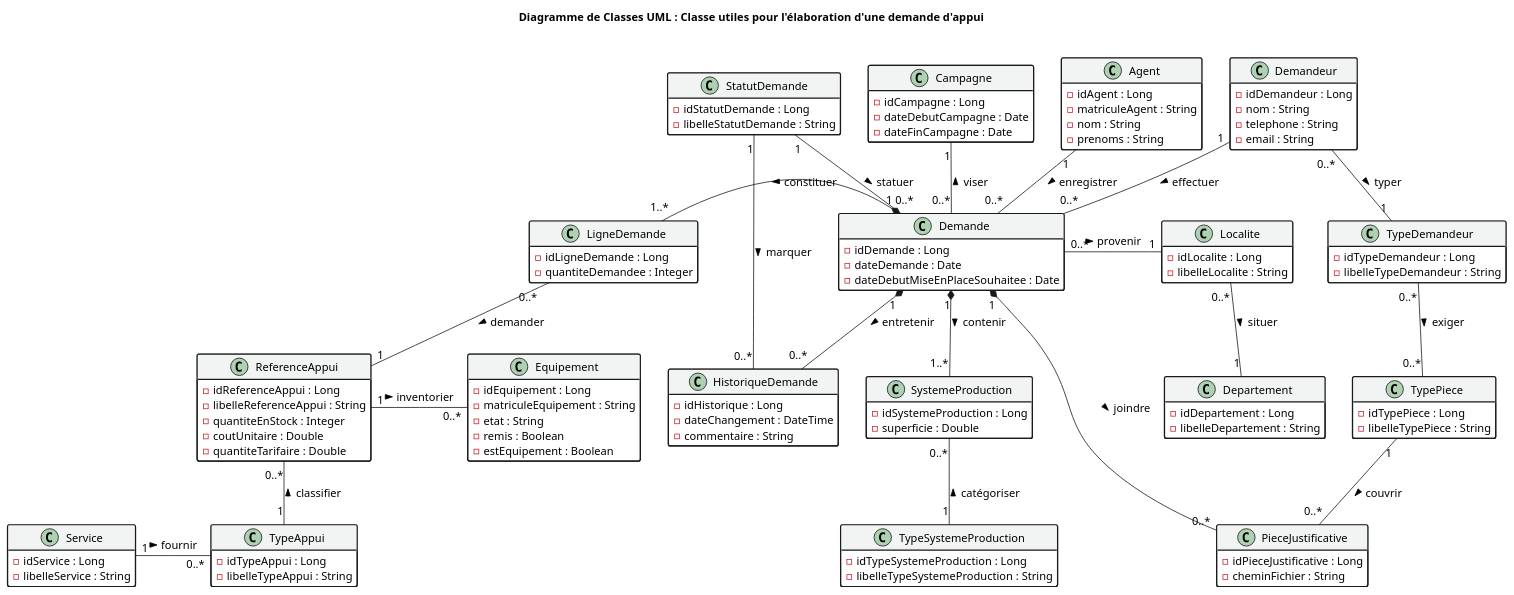
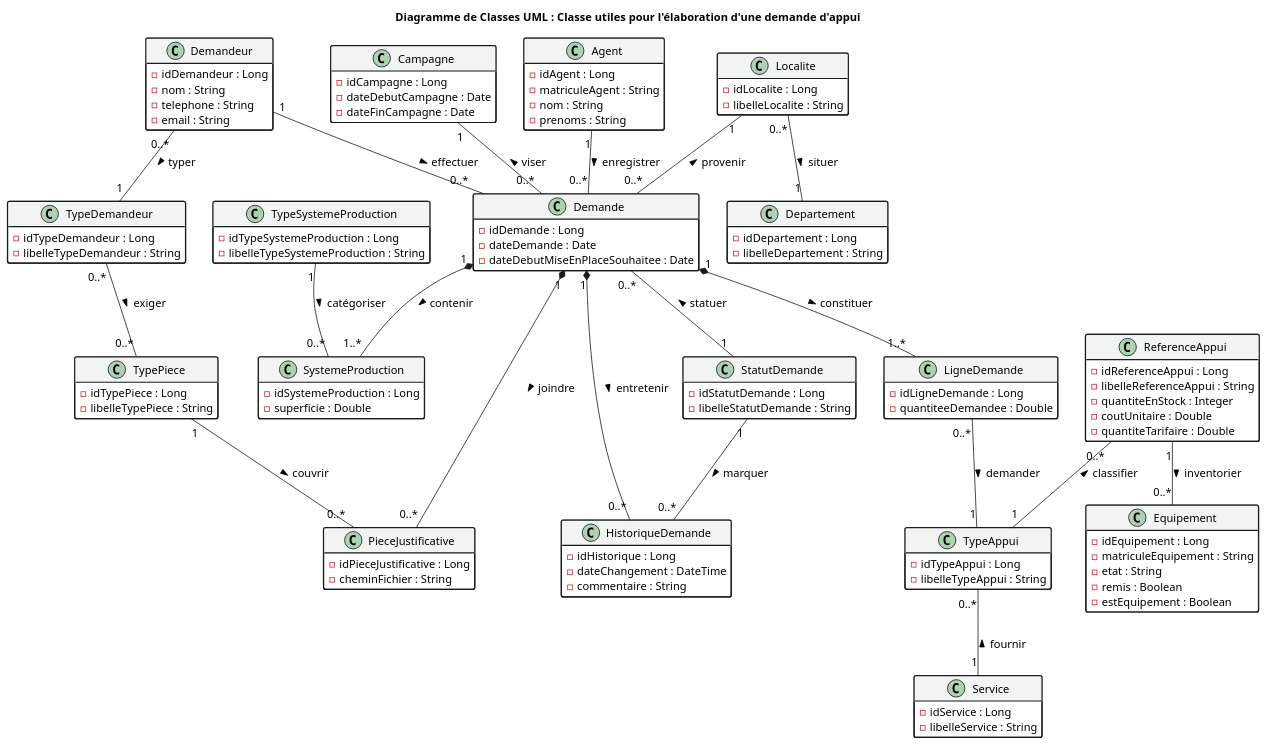
The diagram in docs/classes/M_classe_demande.puml (marasse-codec/ORYZAPP), drawn with PlantUML before and after one commit. The commit also changed 49 other files, not shown here.

```diff
--- a/docs/classes/M_classe_demande.puml
+++ b/docs/classes/M_classe_demande.puml
@@ -1,167 +1,166 @@
 @startuml elab_demande_uml
 title Diagramme de Classes UML : Classe utiles pour l'élaboration d'une demande d'appui
 
 skinparam shadowing false
 skinparam defaultFontName "Segoe UI", sans-serif
 skinparam backgroundColor #FFFFFF
 
 skinparam class {
     BackgroundColor #FFFFFF
     HeaderBackgroundColor #F2F4F4
     BorderColor #1A1A1A
     FontColor #000000
     AttributeFontColor #000000
     MethodFontColor #000000
     FontSize 16
     AttributeFontSize 14
     MethodFontSize 14
     BorderThickness 1.5
 }
 
 skinparam arrow {
     Color #1A1A1A
     FontColor #000000
     FontSize 14
 }
 hide empty members
 
 ' ============================================================
 ' ENTITÉS
 ' ============================================================
 
 class TypeDemandeur {
   - idTypeDemandeur : Long
   - libelleTypeDemandeur : String
 }
 
 class TypePiece {
   - idTypePiece : Long
   - libelleTypePiece : String
 }
 
 class Demandeur {
   - idDemandeur : Long
   - nom : String
   - telephone : String
   - email : String
 }
 
 class Agent {
   - idAgent : Long
   - matriculeAgent : String
   - nom : String
   - prenoms : String
 }
 
 class Departement {
   - idDepartement : Long
   - libelleDepartement : String
 }
 
 class Localite {
   - idLocalite : Long
   - libelleLocalite : String
 }
 
 class Campagne {
   - idCampagne : Long
   - dateDebutCampagne : Date
   - dateFinCampagne : Date
 }
 
 class StatutDemande {
   - idStatutDemande : Long
   - libelleStatutDemande : String
 }
 
 class Demande {
   - idDemande : Long
   - dateDemande : Date
   - dateDebutMiseEnPlaceSouhaitee : Date
 }
 
 class HistoriqueDemande {
   - idHistorique : Long
   - dateChangement : DateTime
   - commentaire : String
 }
 
 Demande "1" *-- "0..*" HistoriqueDemande : entretenir >
 StatutDemande "1" -- "0..*" HistoriqueDemande : marquer >
 
 
 class PieceJustificative {
   - idPieceJustificative : Long
   - cheminFichier : String
 }
 
 class TypeSystemeProduction {
   - idTypeSystemeProduction : Long
   - libelleTypeSystemeProduction : String
 }
 
 class SystemeProduction {
   - idSystemeProduction : Long
   - superficie : Double
 }
 
 class LigneDemande {
   - idLigneDemande : Long
-  - quantiteDemandee : Integer
+  - quantiteeDemandee : Double
 }
 
 class Service {
   - idService : Long
   - libelleService : String
 }
 
 class TypeAppui {
   - idTypeAppui : Long
   - libelleTypeAppui : String
 }
 
 class ReferenceAppui {
   - idReferenceAppui : Long
   - libelleReferenceAppui : String
   - quantiteEnStock : Integer
   - coutUnitaire : Double
   - quantiteTarifaire : Double
 }
 
 class Equipement {
   - idEquipement : Long
   - matriculeEquipement : String
   - etat : String
   - remis : Boolean
   - estEquipement : Boolean
 
 }
 
-ReferenceAppui "1" -r- "0..*" Equipement : inventorier >
+ReferenceAppui "1" -- "0..*" Equipement : inventorier >
 
 ' ============================================================
 ' ASSOCIATIONS
 ' ============================================================
 
 Demandeur "0..*" -- "1" TypeDemandeur : typer >
 TypeDemandeur "0..*" -- "0..*" TypePiece : exiger >
 
 Demandeur "1" -- "0..*" Demande : effectuer >
 Agent "1" -- "0..*" Demande : enregistrer >
-Demande "0..*" -u- "1" StatutDemande : statuer <
+Demande "0..*" -- "1" StatutDemande : statuer <
 Campagne "1" -- "0..*" Demande : viser <
-Campagne -r[hidden]- Demandeur
-Localite "1" -l- "0..*" Demande : provenir <
+Localite "1" -- "0..*" Demande : provenir <
 Localite "0..*" -- "1" Departement : situer >
 
 Demande "1" *-- "0..*" PieceJustificative : joindre >
 TypePiece "1" -- "0..*" PieceJustificative : couvrir >
 Demande "1" *-- "1..*" SystemeProduction : contenir >
-TypeSystemeProduction "1" -u- "0..*" SystemeProduction : catégoriser >
-Demande "1" *-l- "1..*" LigneDemande : constituer >
+TypeSystemeProduction "1" -- "0..*" SystemeProduction : catégoriser >
+Demande "1" *-- "1..*" LigneDemande : constituer >
 
-LigneDemande "0..*" -d- "1" ReferenceAppui : demander >
-TypeAppui "0..*" -l- "1" Service : fournir <
-ReferenceAppui "0..*" -d- "1" TypeAppui : classifier <
+LigneDemande "0..*" -- "1" TypeAppui : demander >
+TypeAppui "0..*" -- "1" Service : fournir <
+ReferenceAppui "0..*" -- "1" TypeAppui : classifier <
 
 @enduml
```
